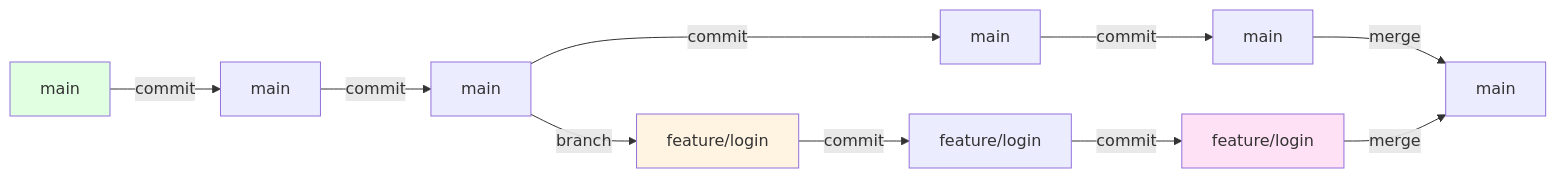
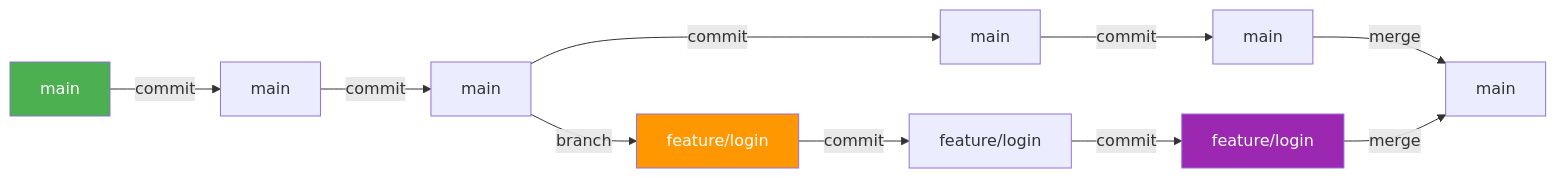
The first of 17 diagrams in 02-git-avanzado.md (joseluisgs/EntornosDesarrollo-03-2026-2027), drawn with Mermaid before and after one commit. The commit also changed other lines of this file and 5 other files, not shown here.

````diff
--- a/02-git-avanzado.md
+++ b/02-git-avanzado.md
@@ -40,18 +57,18 @@
 ```mermaid
 graph LR
     A[main] -->|commit| B[main]
     B -->|commit| C[main]
     C -->|commit| D[main]
     D -->|commit| E[main]
     
     C -->|branch| F[feature/login]
     F -->|commit| G[feature/login]
     G -->|commit| H[feature/login]
     
     E -->|merge| I[main]
     H -->|merge| I
     
-    style A fill:#e1ffe1
-    style F fill:#fff4e1
-    style H fill:#ffe1f5
+    style A fill:#4CAF50,color:#fff
+    style F fill:#FF9800,color:#fff
+    style H fill:#9C27B0,color:#fff
 ```
````
